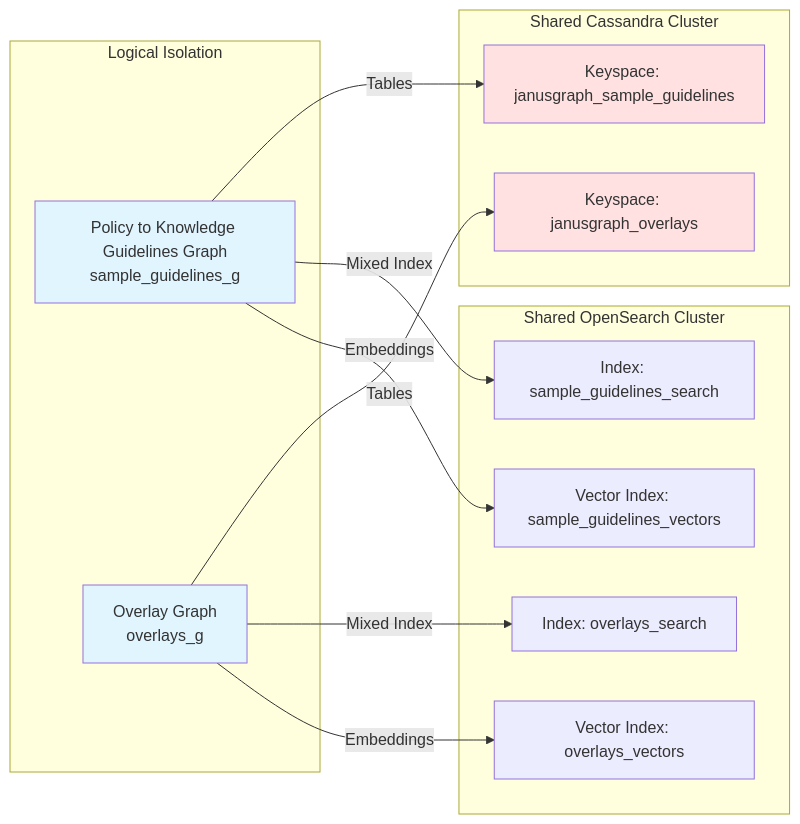
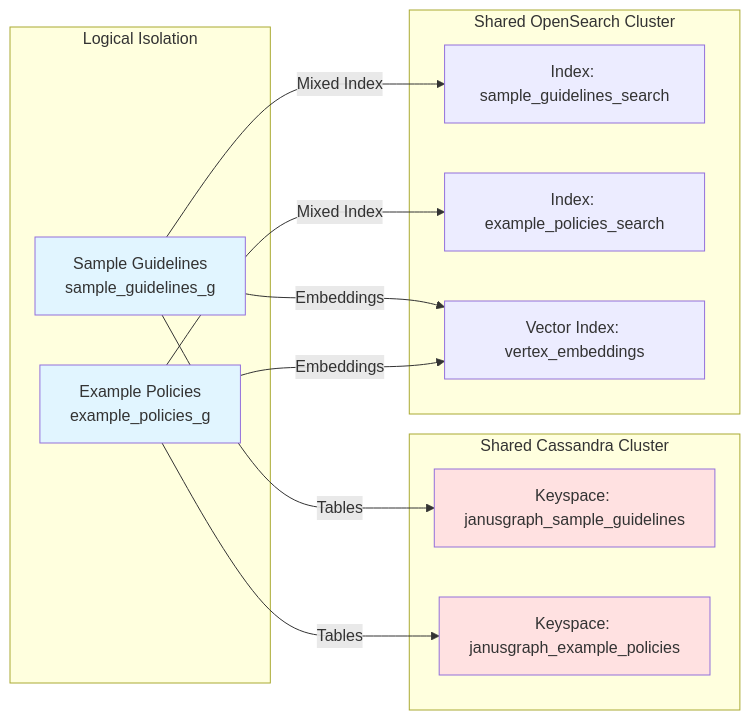
One commit to rrahimi-uci/policy-to-knowledge changed the third of 5 diagrams in apps/explorer/docs/architecture.md. Above: the diagram before and after it, drawn with Mermaid. The commit also changed other lines of this file and 24 other files, not shown here.

````diff
--- a/apps/explorer/docs/architecture.md
+++ b/apps/explorer/docs/architecture.md
@@ -193,31 +227,30 @@
 ```mermaid
 graph LR
     subgraph "Logical Isolation"
-        JG[Policy to Knowledge Guidelines Graph<br/>sample_guidelines_g]
-        RG[Overlay Graph<br/>overlays_g]
+        JG[Sample Guidelines<br/>sample_guidelines_g]
+        EP[Example Policies<br/>example_policies_g]
     end
-    
+
     subgraph "Shared Cassandra Cluster"
         KS1[Keyspace: janusgraph_sample_guidelines]
-        KS2[Keyspace: janusgraph_overlays]
+        KS2[Keyspace: janusgraph_example_policies]
     end
-    
+
     subgraph "Shared OpenSearch Cluster"
         IDX1[Index: sample_guidelines_search]
-        IDX2[Index: overlays_search]
-        VIDX1[Vector Index: sample_guidelines_vectors]
-        VIDX2[Vector Index: overlays_vectors]
+        IDX2[Index: example_policies_search]
+        VIDX[Vector Index: vertex_embeddings]
     end
-    
+
     JG -->|Tables| KS1
-    RG -->|Tables| KS2
+    EP -->|Tables| KS2
     JG -->|Mixed Index| IDX1
-    RG -->|Mixed Index| IDX2
-    JG -->|Embeddings| VIDX1
-    RG -->|Embeddings| VIDX2
-    
+    EP -->|Mixed Index| IDX2
+    JG -->|Embeddings| VIDX
+    EP -->|Embeddings| VIDX
+
     style JG fill:#e1f5ff
-    style RG fill:#e1f5ff
+    style EP fill:#e1f5ff
     style KS1 fill:#ffe1e1
     style KS2 fill:#ffe1e1
 ```
````
